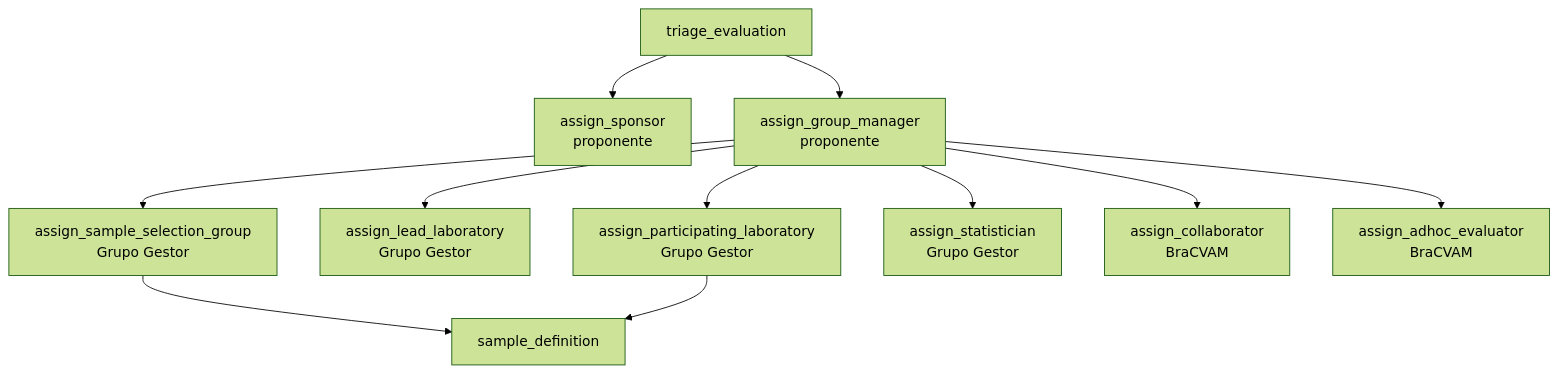
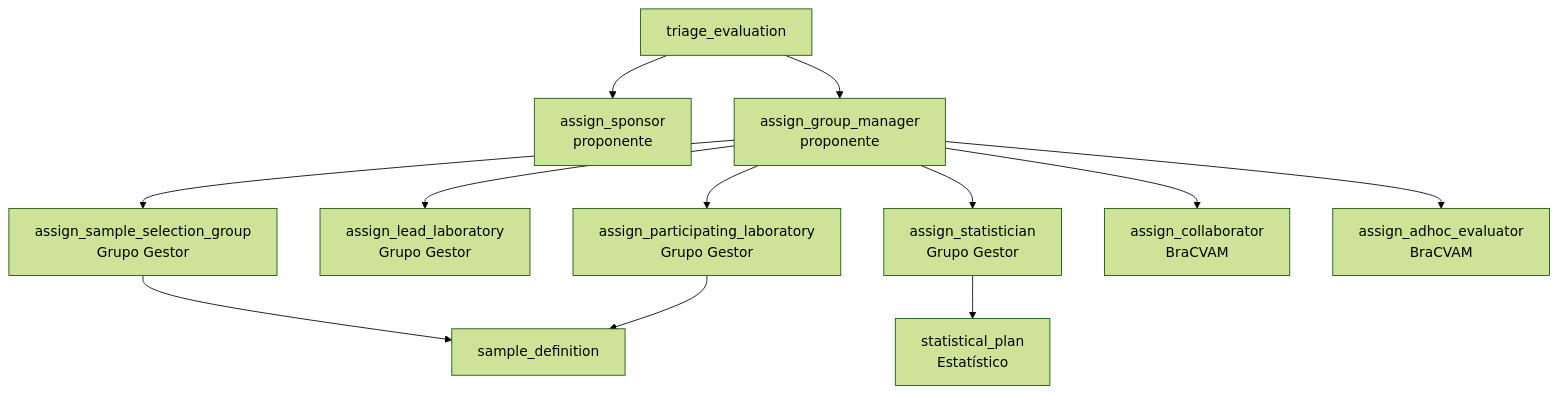
Before and after one commit to pivma-bracvam/pivma-back: the diagram in manual/guias/designar-participantes.md, drawn with Mermaid (forest theme). The commit also changed other lines of this file and 46 other files, not shown here.

````diff
--- a/manual/guias/designar-participantes.md
+++ b/manual/guias/designar-participantes.md
@@ -18,13 +19,14 @@
 ```mermaid
 flowchart TD
     T[triage_evaluation] --> S[assign_sponsor<br/>proponente]
     T --> GM[assign_group_manager<br/>proponente]
     GM --> SSG[assign_sample_selection_group<br/>Grupo Gestor]
     GM --> LL[assign_lead_laboratory<br/>Grupo Gestor]
     GM --> PL[assign_participating_laboratory<br/>Grupo Gestor]
     GM --> ST[assign_statistician<br/>Grupo Gestor]
     GM --> CO[assign_collaborator<br/>BraCVAM]
     GM --> AH[assign_adhoc_evaluator<br/>BraCVAM]
     SSG --> SD[sample_definition]
     PL --> SD
+    ST --> SP[statistical_plan<br/>Estatístico]
 ```
````
